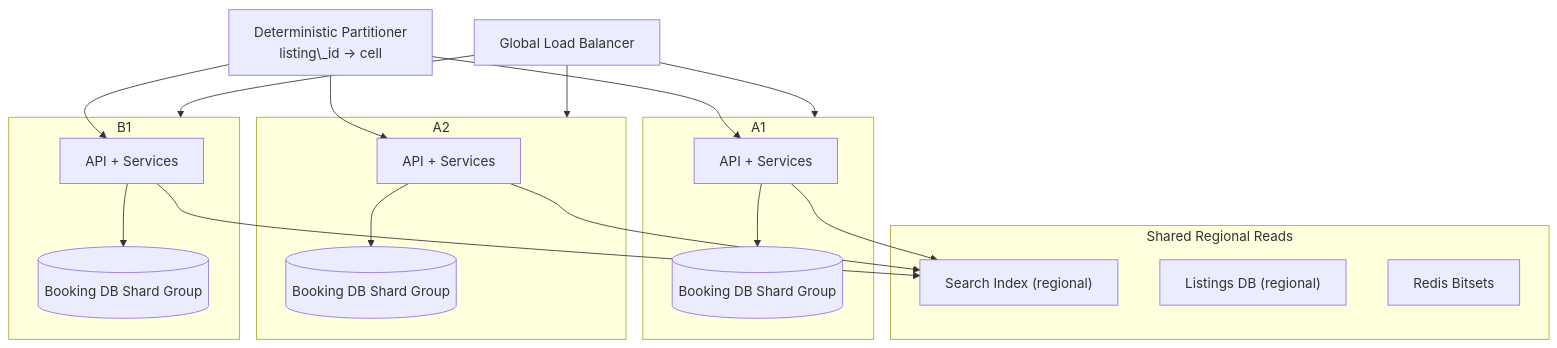
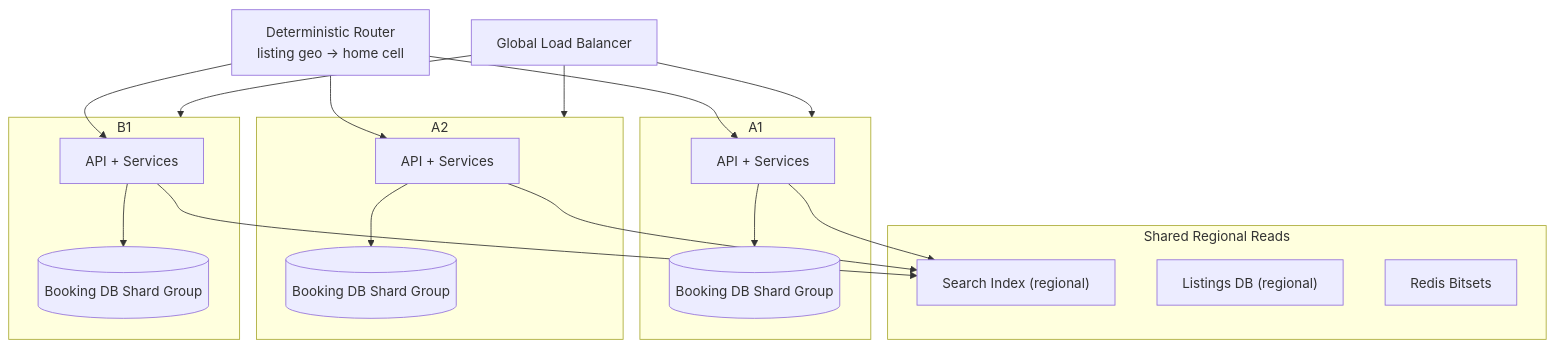
One commit to LatencyTDH/pro-architectural-designs changed the eighth of 15 diagrams in airbnb/DesignAirbnb.md. Above: the diagram before and after it, drawn with Mermaid. The commit also changed other lines of this file, not shown here.

````diff
--- a/airbnb/DesignAirbnb.md
+++ b/airbnb/DesignAirbnb.md
@@ -966,32 +1003,32 @@
 ```mermaid
 graph TB
 GLB[Global Load Balancer] --> A1[Region A • Cell 1]
 GLB --> A2[Region A • Cell 2]
 GLB --> B1[Region B • Cell 3]
 subgraph A1
 API1[API + Services]
 BK1[(Booking DB Shard Group)]
 end
 subgraph A2
 API2[API + Services]
 BK2[(Booking DB Shard Group)]
 end
 subgraph B1
 API3[API + Services]
 BK3[(Booking DB Shard Group)]
 end
-Part[Deterministic Partitioner<br/>listing\_id -> cell] --> API1
+Part[Deterministic Router<br/>listing geo -> home cell] --> API1
 Part --> API2
 Part --> API3
 API1 --> BK1
 API2 --> BK2
 API3 --> BK3
 subgraph Shared Regional Reads
 SIdx["Search Index (regional)"]
 LDB["Listings DB (regional)"]
 Rds[Redis Bitsets]
 end
 API1 --> SIdx
 API2 --> SIdx
 API3 --> SIdx
 ```
````
